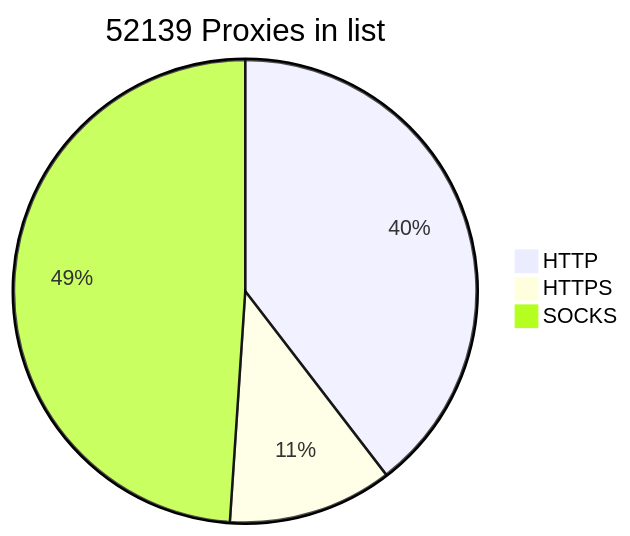
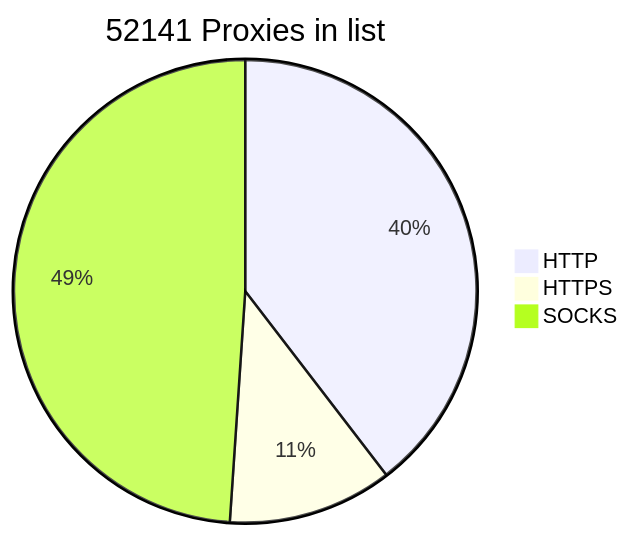
Before and after one commit to BlackSnowDot/proxylist-update-every-minute: the diagram in README.md, drawn with Mermaid.

````diff
--- a/README.md
+++ b/README.md
@@ -2,6 +2,6 @@
 ```mermaid
-pie title 52139 Proxies in list
-    "HTTP" : 22967
-    "HTTPS": 6667
+pie title 52141 Proxies in list
+    "HTTP" : 22969
+    "HTTPS": 6668
     "SOCKS" : 28402
 ```
````
